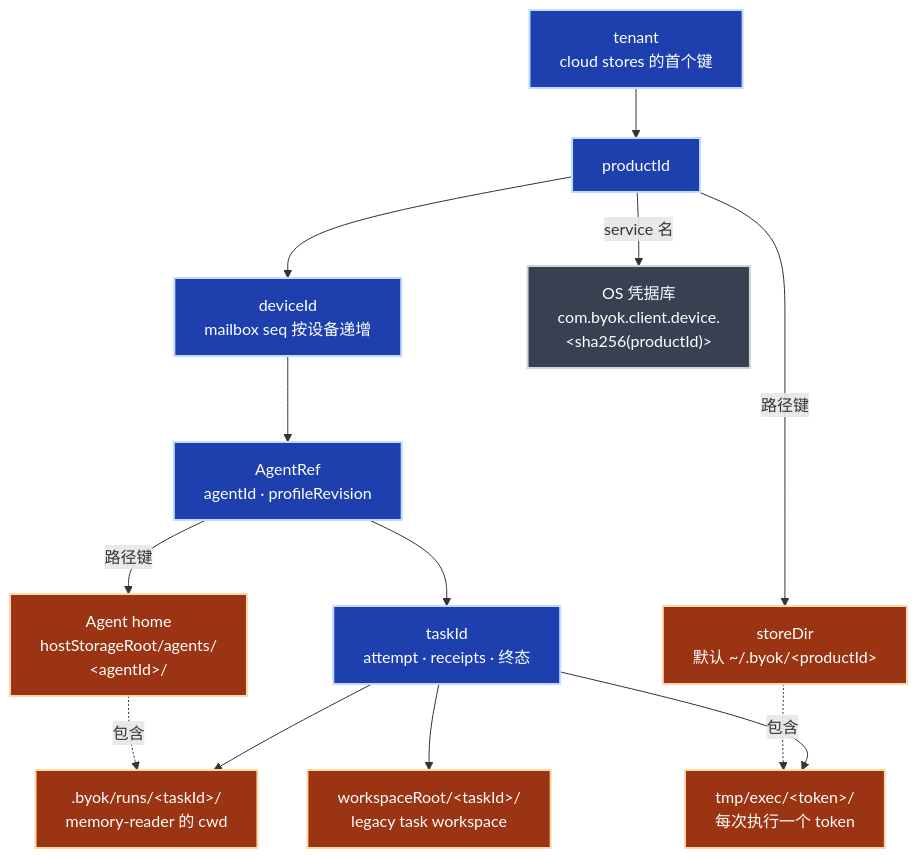
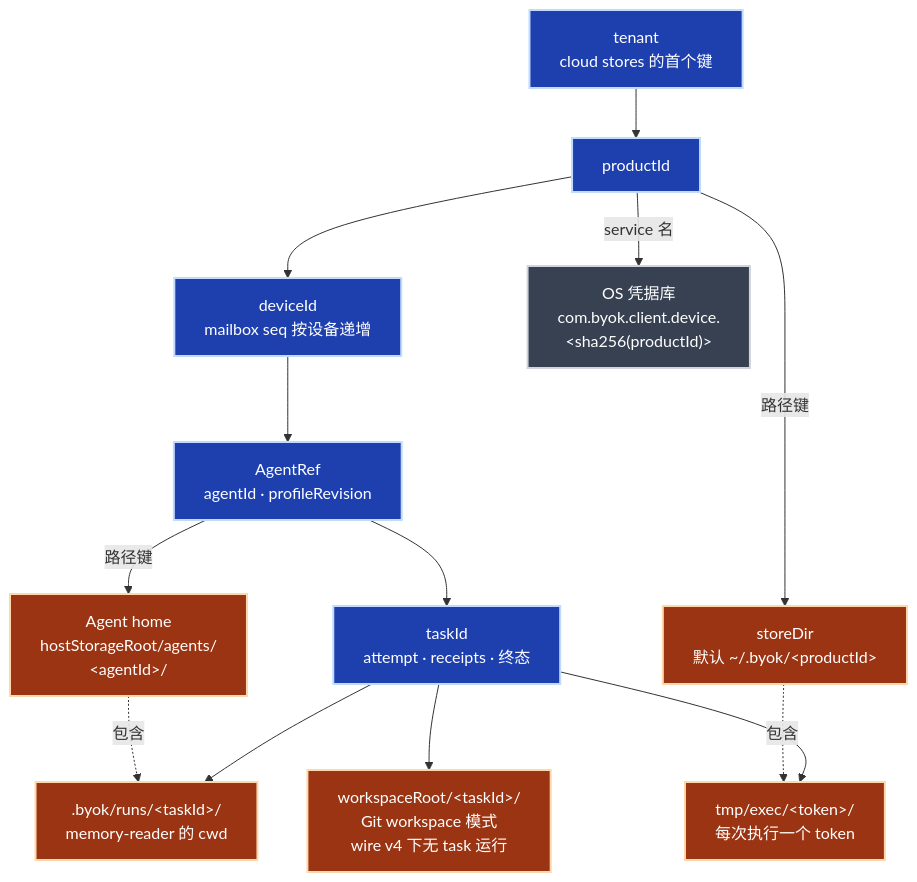
One commit to Ancienttwo/byok-sdk changed the fifth of 7 diagrams in docs/architecture/system-diagrams.md. Above: the diagram before and after it, drawn with Mermaid. The commit also changed other lines of this file and 10 other files, not shown here.

````diff
--- a/docs/architecture/system-diagrams.md
+++ b/docs/architecture/system-diagrams.md
@@ -308,29 +306,29 @@
 ```mermaid
 flowchart TB
   classDef id fill:#1e40af,stroke:#bfdbfe,stroke-width:2px,color:#fff
   classDef fs fill:#9a3412,stroke:#fed7aa,stroke-width:2px,color:#fff
   classDef os fill:#374151,stroke:#d1d5db,stroke-width:2px,color:#fff
 
   Tenant["tenant<br/>cloud stores 的首个键"]:::id
   Product["productId"]:::id
   Device["deviceId<br/>mailbox seq 按设备递增"]:::id
   Agent["AgentRef<br/>agentId · profileRevision"]:::id
   Task["taskId<br/>attempt · receipts · 终态"]:::id
   Tenant --> Product --> Device --> Agent --> Task
 
   Store["storeDir<br/>默认 ~/.byok/&lt;productId&gt;"]:::fs
   Cred["OS 凭据库<br/>com.byok.client.device.<br/>&lt;sha256(productId)&gt;"]:::os
   Home["Agent home<br/>hostStorageRoot/agents/<br/>&lt;agentId&gt;/"]:::fs
   Runs[".byok/runs/&lt;taskId&gt;/<br/>memory-reader 的 cwd"]:::fs
   Exec["tmp/exec/&lt;token&gt;/<br/>每次执行一个 token"]:::fs
-  WS["workspaceRoot/&lt;taskId&gt;/<br/>legacy task workspace"]:::fs
+  WS["workspaceRoot/&lt;taskId&gt;/<br/>Git workspace 模式<br/>wire v4 下无 task 运行"]:::fs
 
   Product -->|"路径键"| Store
   Product -->|"service 名"| Cred
   Agent -->|"路径键"| Home
   Task --> Runs
   Task --> Exec
   Task --> WS
   Store -.->|"包含"| Exec
   Home -.->|"包含"| Runs
 ```
````
